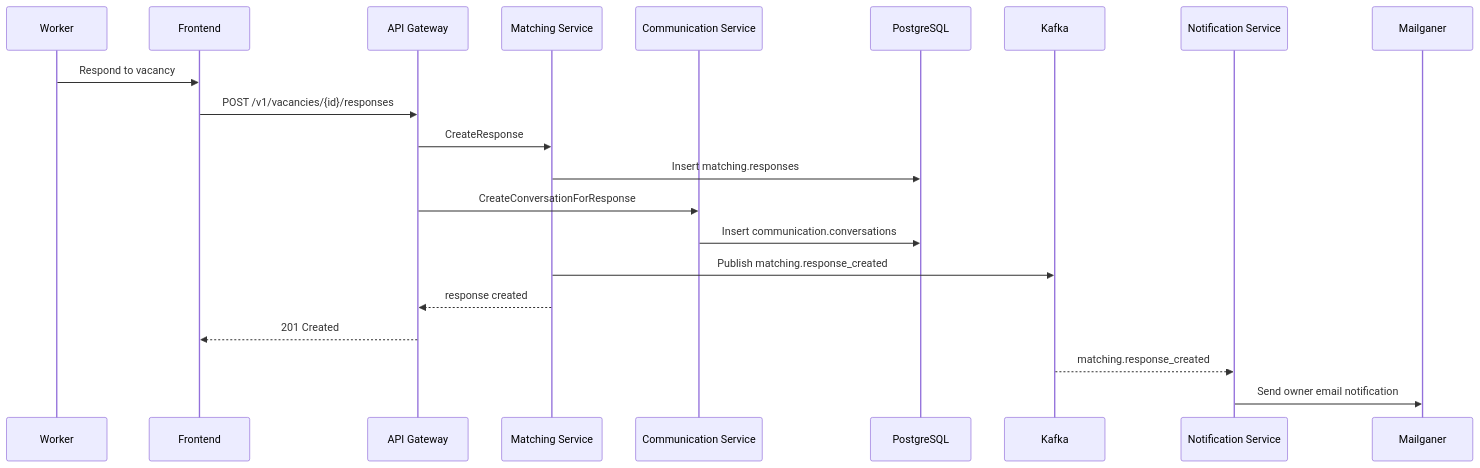
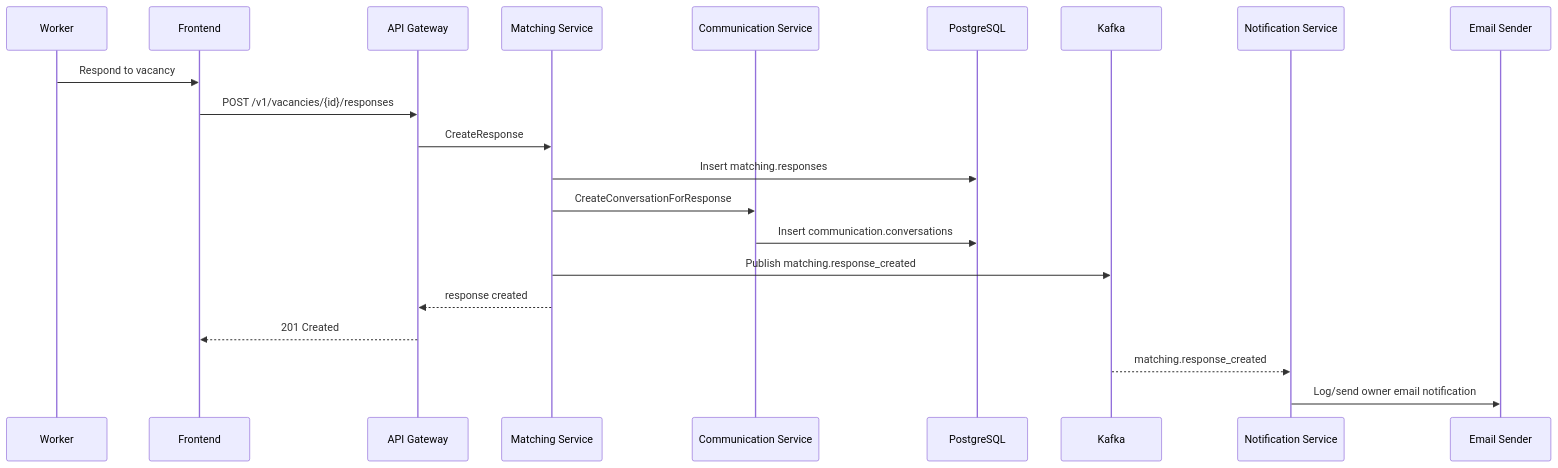
One commit to tmcrypted/berusmenu changed the ninth of 15 diagrams in docs/sequence-diagrams.md. Above: the diagram before and after it, drawn with Mermaid. The commit also changed other lines of this file and 91 other files, not shown here.

````diff
--- a/docs/sequence-diagrams.md
+++ b/docs/sequence-diagrams.md
@@ -195,24 +197,24 @@
 ```mermaid
 sequenceDiagram
     participant Worker
     participant FE as Frontend
     participant GW as API Gateway
     participant MATCH as Matching Service
     participant COMM as Communication Service
     participant PG as PostgreSQL
     participant K as Kafka
     participant NS as Notification Service
-    participant MP as Mailganer
+    participant ES as Email Sender
 
     Worker->>FE: Respond to vacancy
     FE->>GW: POST /v1/vacancies/{id}/responses
     GW->>MATCH: CreateResponse
     MATCH->>PG: Insert matching.responses
-    GW->>COMM: CreateConversationForResponse
+    MATCH->>COMM: CreateConversationForResponse
     COMM->>PG: Insert communication.conversations
     MATCH->>K: Publish matching.response_created
     MATCH-->>GW: response created
     GW-->>FE: 201 Created
     K-->>NS: matching.response_created
-    NS->>MP: Send owner email notification
+    NS->>ES: Log/send owner email notification
 ```
````
